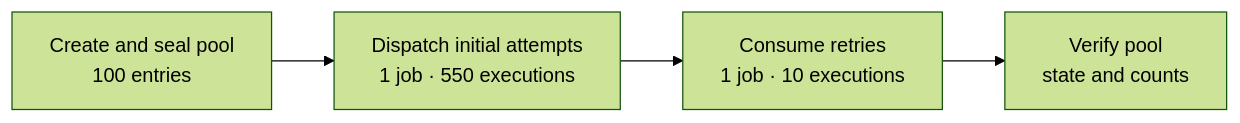
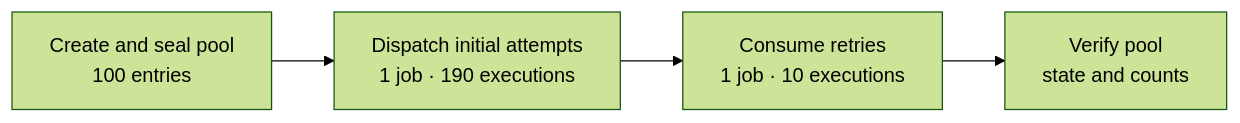
The first of 2 diagrams in README.md (catkins/test-scheduler-bazel-demo), drawn with Mermaid (forest theme) before and after one commit. The commit also changed other lines of this file and 4 other files, not shown here.

````diff
--- a/README.md
+++ b/README.md
@@ -128,11 +126,11 @@
 ```mermaid
 flowchart LR
     setup["Create and seal pool<br/>100 entries"]
-    initial["Dispatch initial attempts<br/>1 job · 550 executions"]
+    initial["Dispatch initial attempts<br/>1 job · 190 executions"]
     retry["Consume retries<br/>1 job · 10 executions"]
     verify["Verify pool<br/>state and counts"]
 
     setup --> initial
     initial --> retry
     retry --> verify
 ```
````
